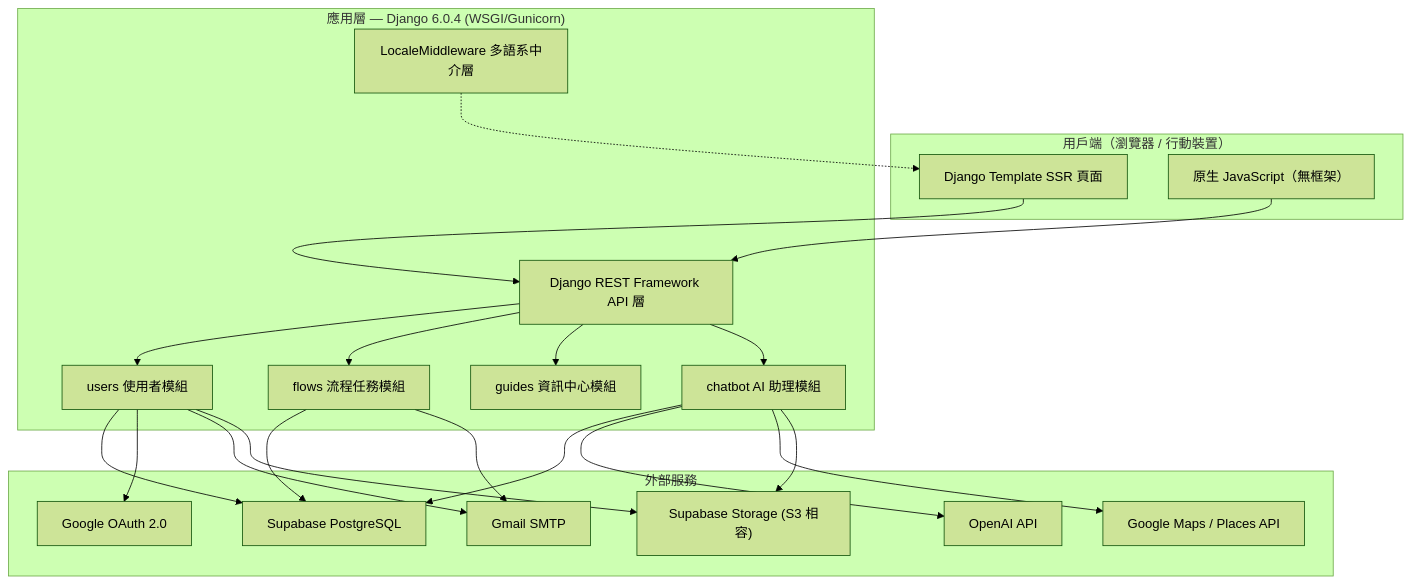
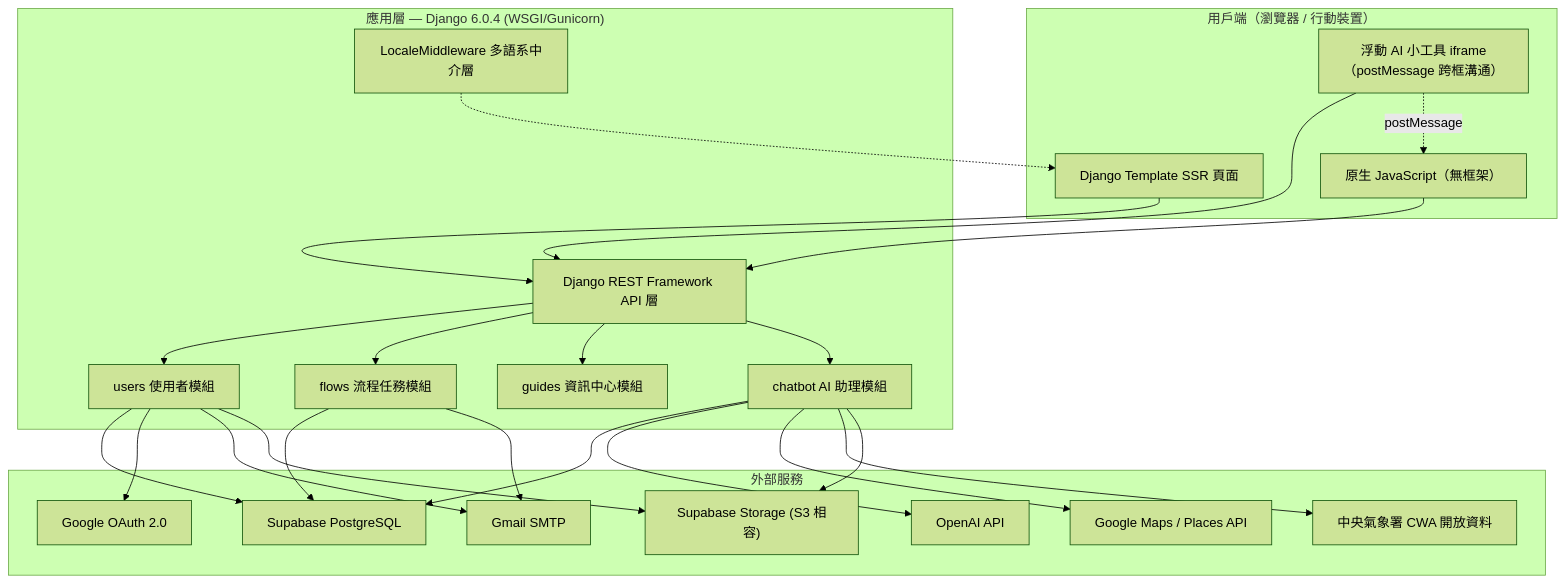
Before and after one commit to youcp0708/studygo: the first of 2 diagrams in 專案技術文件.md, drawn with Mermaid (forest theme). The commit also changed other lines of this file, not shown here.

````diff
--- a/專案技術文件.md
+++ b/專案技術文件.md
@@ -73,35 +76,39 @@
 ```mermaid
 graph TB
     subgraph Client["用戶端（瀏覽器 / 行動裝置）"]
         A["Django Template SSR 頁面"]
         B["原生 JavaScript（無框架）"]
+        B2["浮動 AI 小工具 iframe<br/>（postMessage 跨框溝通）"]
     end
 
     subgraph Server["應用層 — Django 6.0.4 (WSGI/Gunicorn)"]
         C["users 使用者模組"]
         D["flows 流程任務模組"]
         E["guides 資訊中心模組"]
         F["chatbot AI 助理模組"]
         G["Django REST Framework API 層"]
         H["LocaleMiddleware 多語系中介層"]
     end
 
     subgraph External["外部服務"]
         I["Supabase PostgreSQL"]
         J["Supabase Storage (S3 相容)"]
         K["OpenAI API"]
         L["Google OAuth 2.0"]
         M["Google Maps / Places API"]
         N["Gmail SMTP"]
+        O["中央氣象署 CWA 開放資料"]
     end
 
     A --> G
     B --> G
+    B2 --> G
+    B2 -.postMessage.-> B
     G --> C & D & E & F
     H -.-> A
     C --> I & L & N
     D --> I & N
-    F --> I & K & M
+    F --> I & K & M & O
     C --> J
     F --> J
 ```
````
